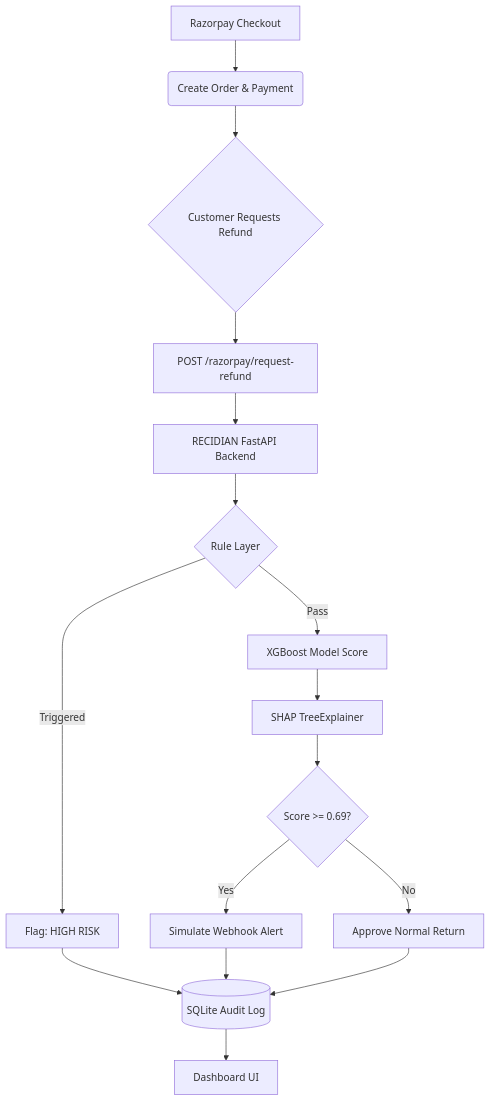
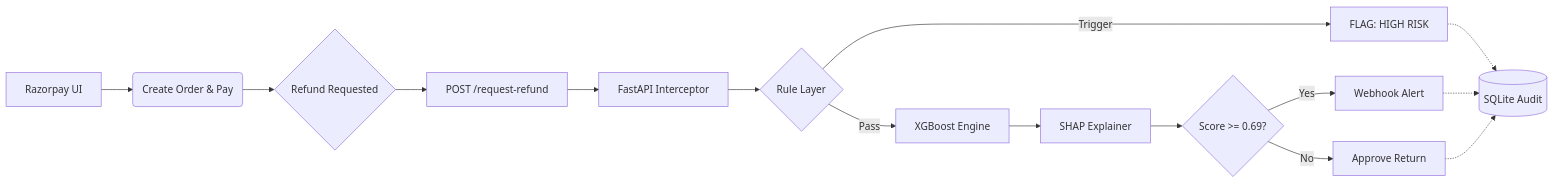
One commit to dsouzkie/Recidian changed the diagram in README.md. Above: the diagram before and after it, drawn with Mermaid. The commit also changed other lines of this file and 2 other files, not shown here.

````diff
--- a/README.md
+++ b/README.md
@@ -27,21 +44,20 @@
 ```mermaid
-graph TD
-    A[Razorpay Checkout] --> B(Create Order & Payment)
-    B --> C{Customer Requests Refund}
-    C --> D[POST /razorpay/request-refund]
-    D --> E[RECIDIAN FastAPI Backend]
+graph LR
+    A[Razorpay UI] --> B(Create Order & Pay)
+    B --> C{Refund Requested}
+    C --> D[POST /request-refund]
+    D --> E[FastAPI Interceptor]
     
     E --> F{Rule Layer}
-    F -->|Triggered| G[Flag: HIGH RISK]
-    F -->|Pass| H[XGBoost Model Score]
+    F -->|Trigger| G[FLAG: HIGH RISK]
+    F -->|Pass| H[XGBoost Engine]
     
-    H --> I[SHAP TreeExplainer]
+    H --> I[SHAP Explainer]
     I --> J{Score >= 0.69?}
-    J -->|Yes| K[Simulate Webhook Alert]
-    J -->|No| L[Approve Normal Return]
+    J -->|Yes| K[Webhook Alert]
+    J -->|No| L[Approve Return]
     
-    G --> M[(SQLite Audit Log)]
-    K --> M
-    L --> M
-    M --> N[Dashboard UI]
+    G -.-> M[(SQLite Audit)]
+    K -.-> M
+    L -.-> M
 ```
````
